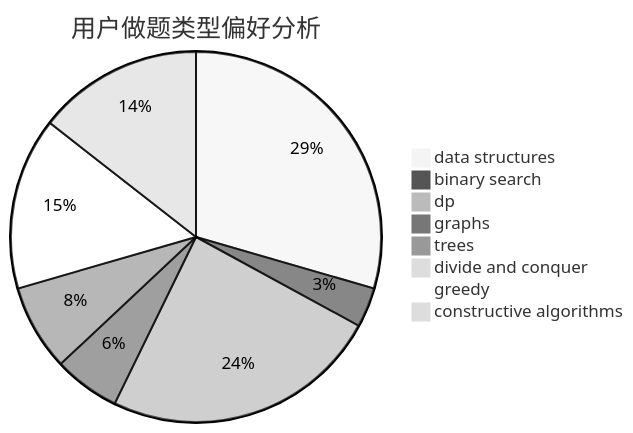
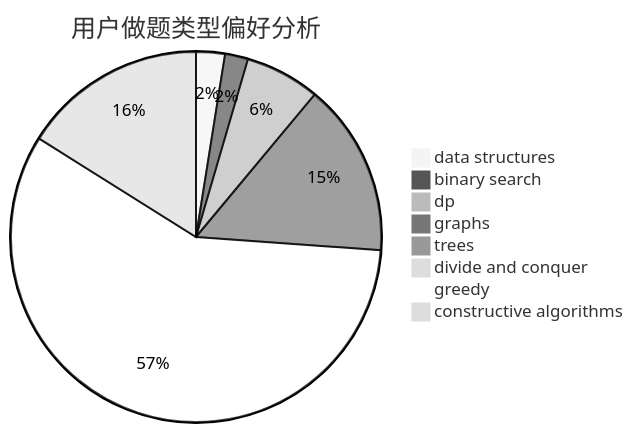
One commit to sherpahu/cfrs.github.io changed the second of 3 diagrams in docs/user/u2292.md. Above: the diagram before and after it, drawn with Mermaid (neutral theme). The commit also changed other lines of this file and 2770 other files, not shown here.

````diff
--- a/docs/user/u2292.md
+++ b/docs/user/u2292.md
@@ -23,11 +23,11 @@
 ```mermaid
 pie title 用户做题类型偏好分析
-    "data structures" :  51
-    "binary search" :  6
-    "dp" :  42
-    "graphs" :  10
-    "trees" :  13
-    "divide and conquer" :  0
-    "greedy" :  26
-    "constructive algorithms" :  25
+    "data structures" :  5
+    "binary search" :  4
+    "dp" :  13
+    "graphs" :  30
+    "trees" :  2
+    "divide and conquer" :  1
+    "greedy" :  115
+    "constructive algorithms" :  32
 ```
````
